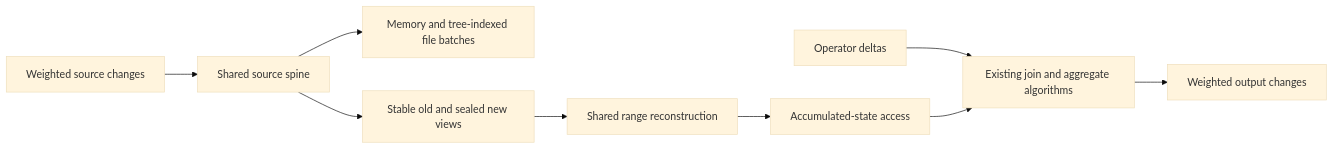
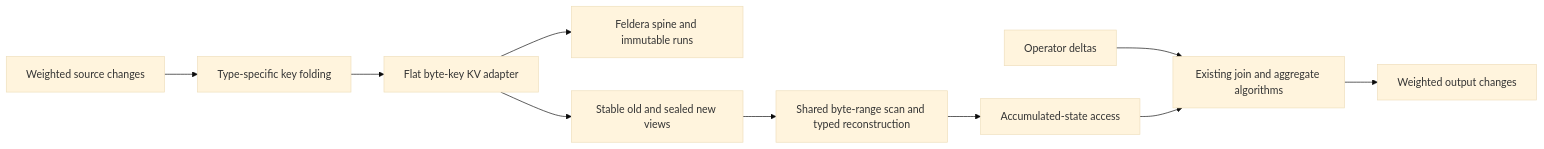
Before and after one commit to alicia-lyu/feldera: the first of 2 diagrams in docs/design/merged-index/README.md, drawn with Mermaid (base theme). The commit also changed other lines of this file and 2 other files, not shown here.

Commit message:
docs: specify flat merged-index KV on shared LSM machinery

````diff
--- a/docs/design/merged-index/README.md
+++ b/docs/design/merged-index/README.md
@@ -51,11 +57,12 @@
 ```mermaid
 flowchart LR
-    D[Weighted source changes] --> S[Shared source spine]
-    S --> M[Memory and tree-indexed file batches]
+    D[Weighted source changes] --> E[Type-specific key folding]
+    E --> S[Flat byte-key KV adapter]
+    S --> M[Feldera spine and immutable runs]
     S --> V[Stable old and sealed new views]
-    V --> R[Shared range reconstruction]
+    V --> R[Shared byte-range scan and typed reconstruction]
     R --> A[Accumulated-state access]
     X[Operator deltas] --> O[Existing join and aggregate algorithms]
     A --> O
     O --> Y[Weighted output changes]
 ```
````
